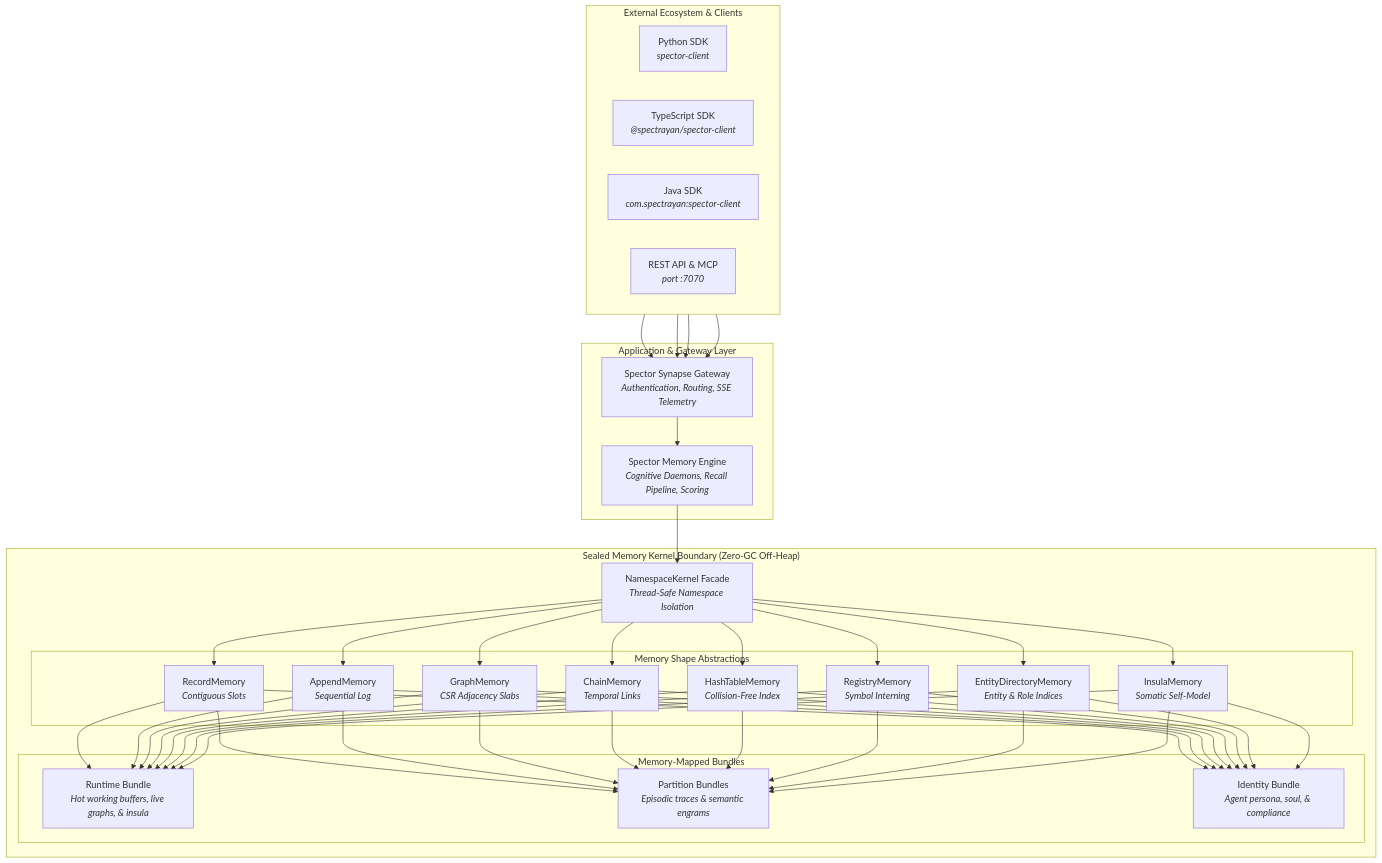
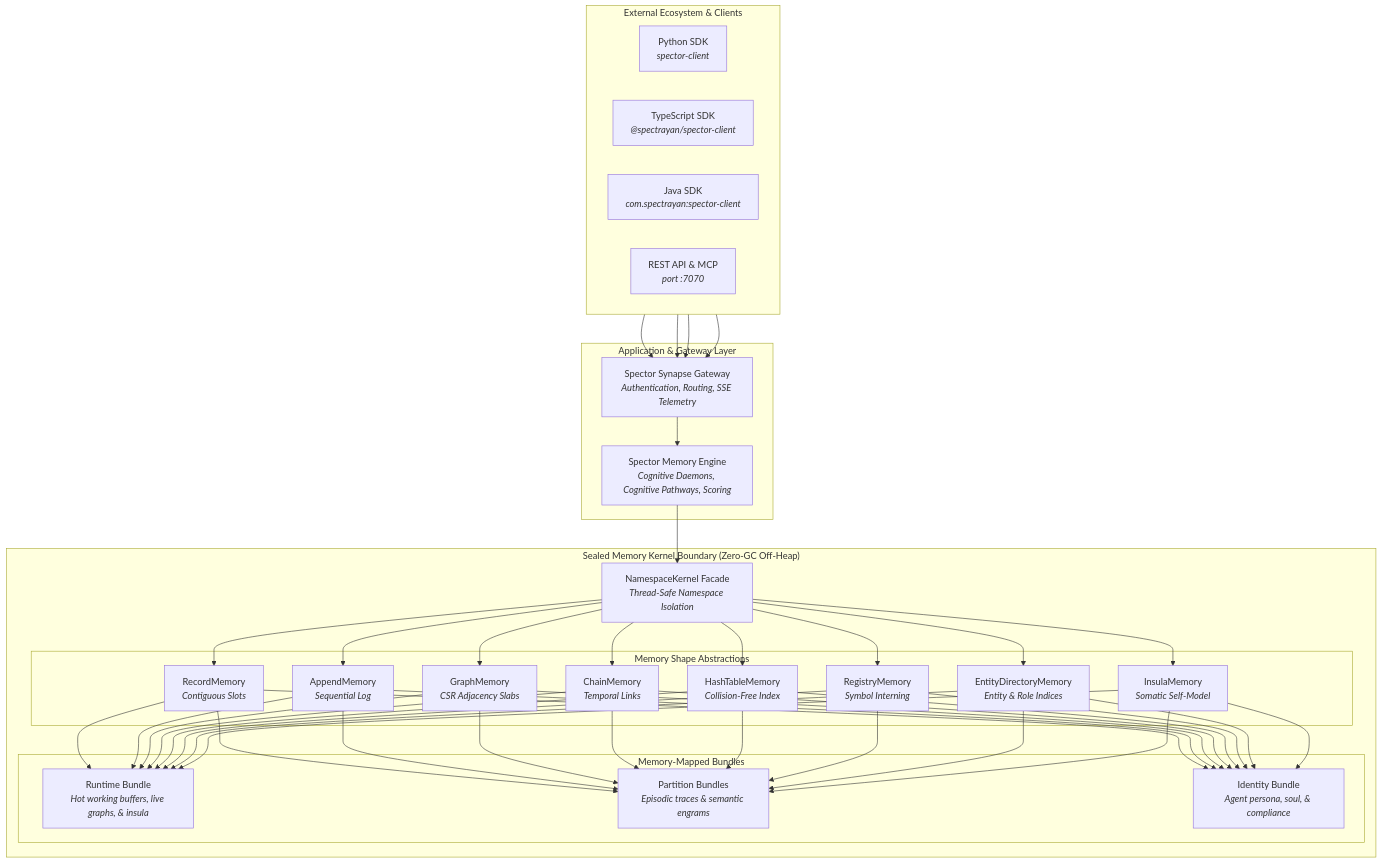
Before and after one commit to spectrayan/spector: the diagram in docs/docs/kernel/index.md, drawn with Mermaid. The commit also changed 23 other files, not shown here.

First line of the commit message:
docs(memory): update terminology from ingestion and recall pipeline to cognitive pathways

````diff
--- a/docs/docs/kernel/index.md
+++ b/docs/docs/kernel/index.md
@@ -18,42 +18,42 @@
 ```mermaid
 graph TB
     subgraph "External Ecosystem & Clients"
         direction LR
         PY["Python SDK<br/><i>spector-client</i>"]
         TS["TypeScript SDK<br/><i>@spectrayan/spector-client</i>"]
         JV["Java SDK<br/><i>com.spectrayan:spector-client</i>"]
         REST["REST API & MCP<br/><i>port :7070</i>"]
     end
 
     subgraph "Application & Gateway Layer"
         SYN["Spector Synapse Gateway<br/><i>Authentication, Routing, SSE Telemetry</i>"]
-        COG["Spector Memory Engine<br/><i>Cognitive Daemons, Recall Pipeline, Scoring</i>"]
+        COG["Spector Memory Engine<br/><i>Cognitive Daemons, Cognitive Pathways, Scoring</i>"]
     end
 
     subgraph "Sealed Memory Kernel Boundary (Zero-GC Off-Heap)"
         NK["NamespaceKernel Facade<br/><i>Thread-Safe Namespace Isolation</i>"]
         
         subgraph "Memory Shape Abstractions"
             RM["RecordMemory<br/><i>Contiguous Slots</i>"]
             AM["AppendMemory<br/><i>Sequential Log</i>"]
             GM["GraphMemory<br/><i>CSR Adjacency Slabs</i>"]
             CM["ChainMemory<br/><i>Temporal Links</i>"]
             HM["HashTableMemory<br/><i>Collision-Free Index</i>"]
             YM["RegistryMemory<br/><i>Symbol Interning</i>"]
             EM["EntityDirectoryMemory<br/><i>Entity & Role Indices</i>"]
             IM["InsulaMemory<br/><i>Somatic Self-Model</i>"]
         end
 
         subgraph "Memory-Mapped Bundles"
             RB["Runtime Bundle<br/><i>Hot working buffers, live graphs, & insula</i>"]
             PB["Partition Bundles<br/><i>Episodic traces & semantic engrams</i>"]
             IB["Identity Bundle<br/><i>Agent persona, soul, & compliance</i>"]
         end
     end
 
     PY & TS & JV & REST --> SYN
     SYN --> COG
     COG --> NK
     NK --> RM & AM & GM & CM & HM & YM & EM & IM
     RM & AM & GM & CM & HM & YM & EM & IM --> RB & PB & IB
 ```
````
